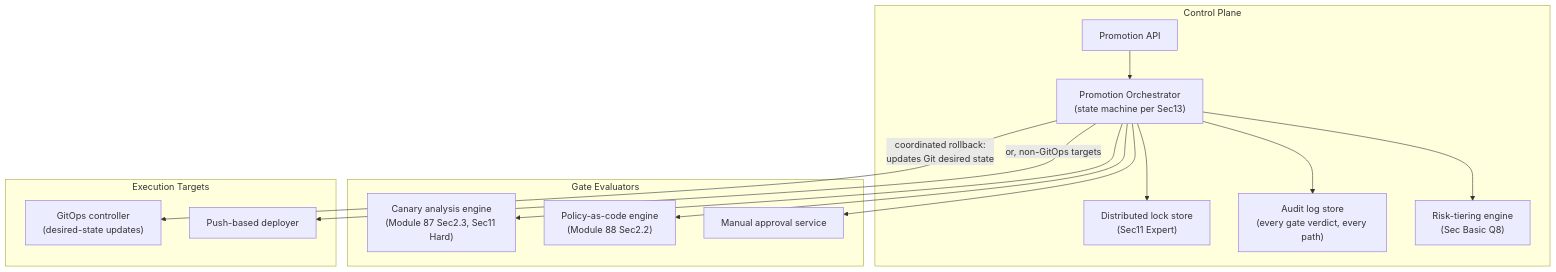
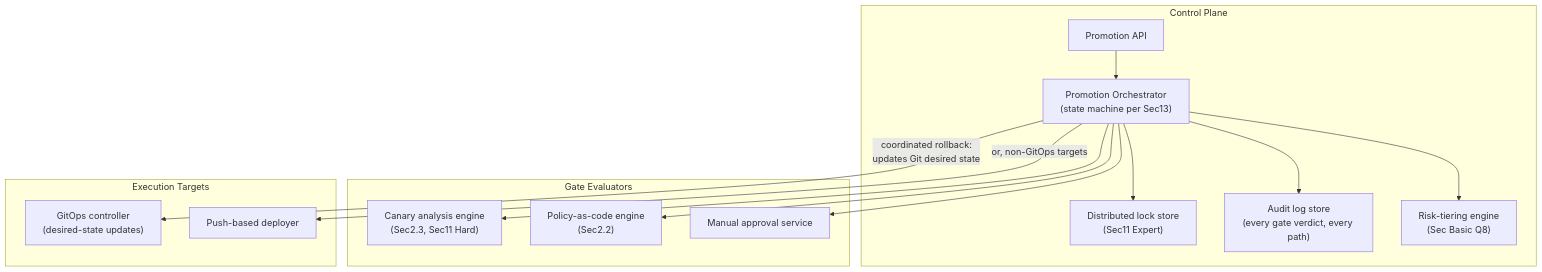
One commit to umashankarp/InterviewQuestions changed the third of 3 diagrams in 26-CICD/04-CDPipelineOrchestration-EnvironmentPromotion-ProgressiveDelivery-ReleaseGovernance.md. Above: the diagram before and after it, drawn with Mermaid. The commit also changed other lines of this file and 173 other files, not shown here.

````diff
--- a/26-CICD/04-CDPipelineOrchestration-EnvironmentPromotion-ProgressiveDelivery-ReleaseGovernance.md
+++ b/26-CICD/04-CDPipelineOrchestration-EnvironmentPromotion-ProgressiveDelivery-ReleaseGovernance.md
@@ -510,29 +510,29 @@
 ```mermaid
 graph TB
-    subgraph "Control Plane"
-        API["Promotion API"]
-        Orchestrator["Promotion Orchestrator<br/>(state machine per Sec13)"]
-        LockStore["Distributed lock store<br/>(Sec11 Expert)"]
-        AuditLog["Audit log store<br/>(every gate verdict, every path)"]
-        RiskEngine["Risk-tiering engine<br/>(Sec Basic Q8)"]
-    end
-    subgraph "Gate Evaluators"
-        CanaryEngine["Canary analysis engine<br/>(Module 87 Sec2.3, Sec11 Hard)"]
-        PolicyEngine["Policy-as-code engine<br/>(Module 88 Sec2.2)"]
-        ApprovalService["Manual approval service"]
-    end
-    subgraph "Execution Targets"
-        GitOpsController["GitOps controller<br/>(desired-state updates)"]
-        PushDeployer["Push-based deployer"]
-    end
+ subgraph "Control Plane"
+ API["Promotion API"]
+ Orchestrator["Promotion Orchestrator<br/>(state machine per Sec13)"]
+ LockStore["Distributed lock store<br/>(Sec11 Expert)"]
+ AuditLog["Audit log store<br/>(every gate verdict, every path)"]
+ RiskEngine["Risk-tiering engine<br/>(Sec Basic Q8)"]
+ end
+ subgraph "Gate Evaluators"
+ CanaryEngine["Canary analysis engine<br/>(Sec2.3, Sec11 Hard)"]
+ PolicyEngine["Policy-as-code engine<br/>(Sec2.2)"]
+ ApprovalService["Manual approval service"]
+ end
+ subgraph "Execution Targets"
+ GitOpsController["GitOps controller<br/>(desired-state updates)"]
+ PushDeployer["Push-based deployer"]
+ end
 
-    API --> Orchestrator
-    Orchestrator --> LockStore
-    Orchestrator --> RiskEngine
-    Orchestrator --> CanaryEngine
-    Orchestrator --> PolicyEngine
-    Orchestrator --> ApprovalService
-    Orchestrator --> AuditLog
-    Orchestrator -->|coordinated rollback:<br/>updates Git desired state| GitOpsController
-    Orchestrator -->|or, non-GitOps targets| PushDeployer
+ API --> Orchestrator
+ Orchestrator --> LockStore
+ Orchestrator --> RiskEngine
+ Orchestrator --> CanaryEngine
+ Orchestrator --> PolicyEngine
+ Orchestrator --> ApprovalService
+ Orchestrator --> AuditLog
+ Orchestrator -->|coordinated rollback:<br/>updates Git desired state| GitOpsController
+ Orchestrator -->|or, non-GitOps targets| PushDeployer
 ```
````
